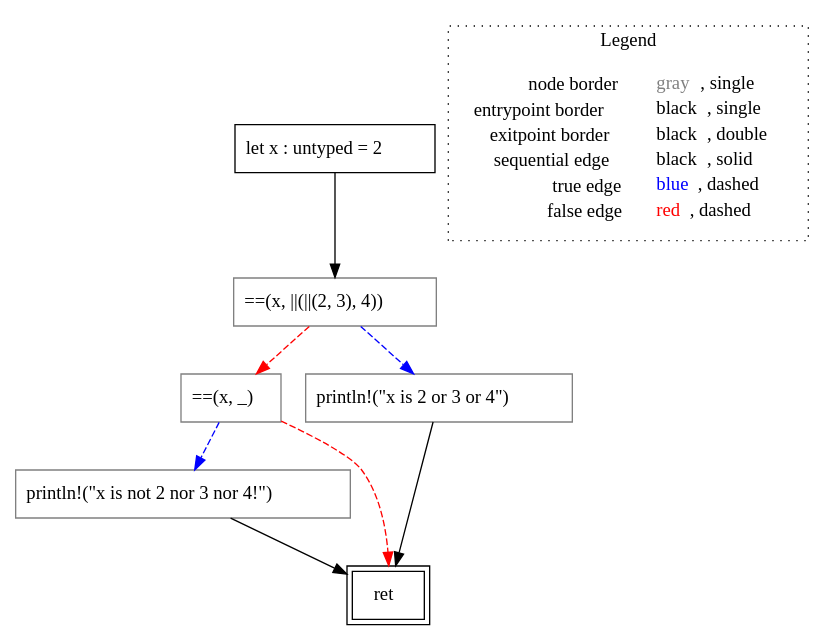
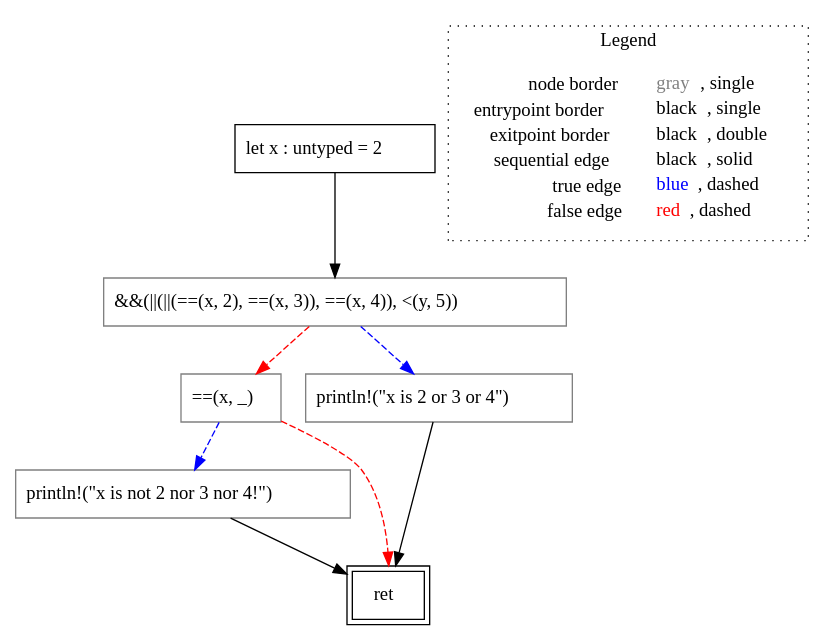
The diagram in rust-lisa/rust-testcases/cfg/match-or/()_rust-testcases_cfg_match-or_match-or.rs.main().dot (VincenzoArceri/rust-lisa), drawn with Graphviz before and after one commit. The commit also changed 6 other files, not shown here.

```diff
--- a/rust-lisa/rust-testcases/cfg/match-or/()_rust-testcases_cfg_match-or_match-or.rs.main().dot
+++ b/rust-lisa/rust-testcases/cfg/match-or/()_rust-testcases_cfg_match-or_match-or.rs.main().dot
@@ -1,22 +1,22 @@
 digraph {
 	"node0" [shape="rect",color="black",label=<let x : untyped = 2>];
 	"node1" [shape="rect",color="gray",label=<==(x, _)>];
-	"node2" [shape="rect",color="gray",label=<==(x, ||(||(2, 3), 4))>];
-	"node3" [shape="rect",color="gray",label=<println!(&quot;x is not 2 nor 3 nor 4!&quot;)>];
-	"node4" [shape="rect",color="gray",label=<println!(&quot;x is 2 or 3 or 4&quot;)>];
+	"node2" [shape="rect",color="gray",label=<println!(&quot;x is 2 or 3 or 4&quot;)>];
+	"node3" [shape="rect",color="gray",label=<&amp;&amp;(||(||(==(x, 2), ==(x, 3)), ==(x, 4)), &lt;(y, 5))>];
+	"node4" [shape="rect",color="gray",label=<println!(&quot;x is not 2 nor 3 nor 4!&quot;)>];
 	"node5" [shape="rect",color="black",peripheries="2",label=<ret>];
-	"node1" -> "node3" [color="blue",style="dashed"];
+	"node1" -> "node4" [color="blue",style="dashed"];
 	"node1" -> "node5" [color="red",style="dashed"];
-	"node0" -> "node2" [color="black"];
-	"node2" -> "node1" [color="red",style="dashed"];
-	"node2" -> "node4" [color="blue",style="dashed"];
-	"node3" -> "node5" [color="black"];
+	"node0" -> "node3" [color="black"];
+	"node2" -> "node5" [color="black"];
+	"node3" -> "node1" [color="red",style="dashed"];
+	"node3" -> "node2" [color="blue",style="dashed"];
 	"node4" -> "node5" [color="black"];
 subgraph cluster_legend {
 	label="Legend";
 	style=dotted;
 	node [shape=plaintext];
 	"legend" [label=<<table border="0" cellpadding="2" cellspacing="0" cellborder="0"><tr><td align="right">node border&nbsp;</td><td align="left"><font color="gray">gray</font>, single</td></tr><tr><td align="right">entrypoint border&nbsp;</td><td align="left"><font color="black">black</font>, single</td></tr><tr><td align="right">exitpoint border&nbsp;</td><td align="left"><font color="black">black</font>, double</td></tr><tr><td align="right">sequential edge&nbsp;</td><td align="left"><font color="black">black</font>, solid</td></tr><tr><td align="right">true edge&nbsp;</td><td align="left"><font color="blue">blue</font>, dashed</td></tr><tr><td align="right">false edge&nbsp;</td><td align="left"><font color="red">red</font>, dashed</td></tr></table>>];
 }
 
 }
```
